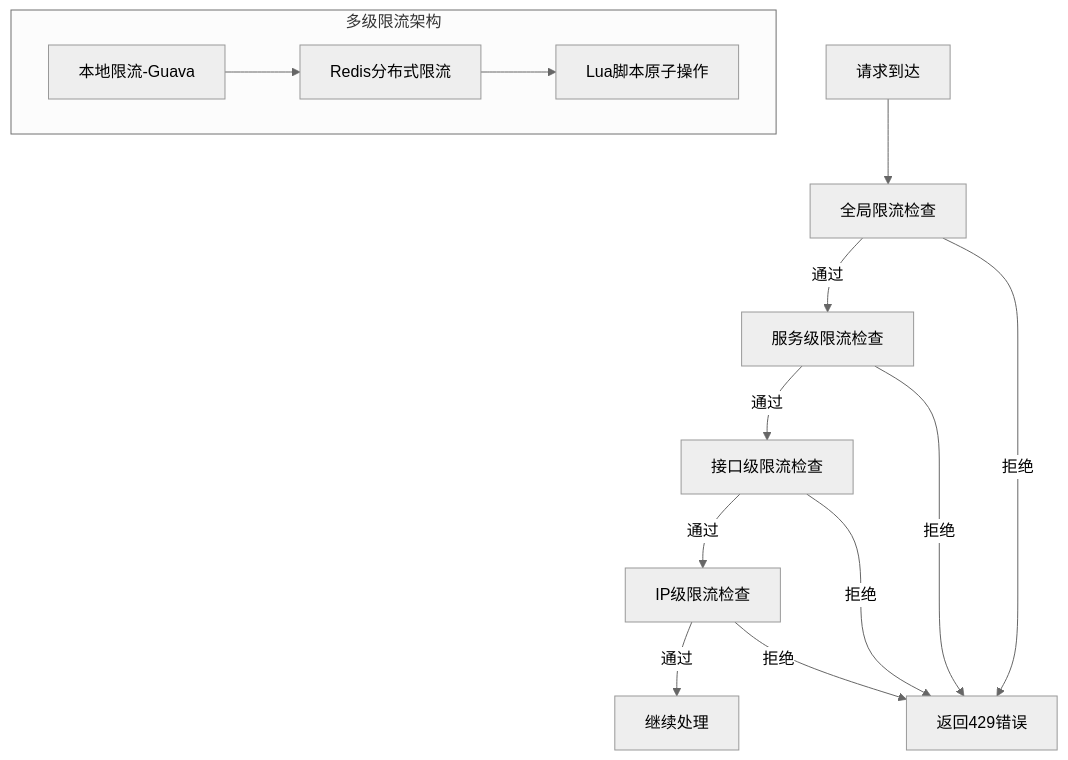
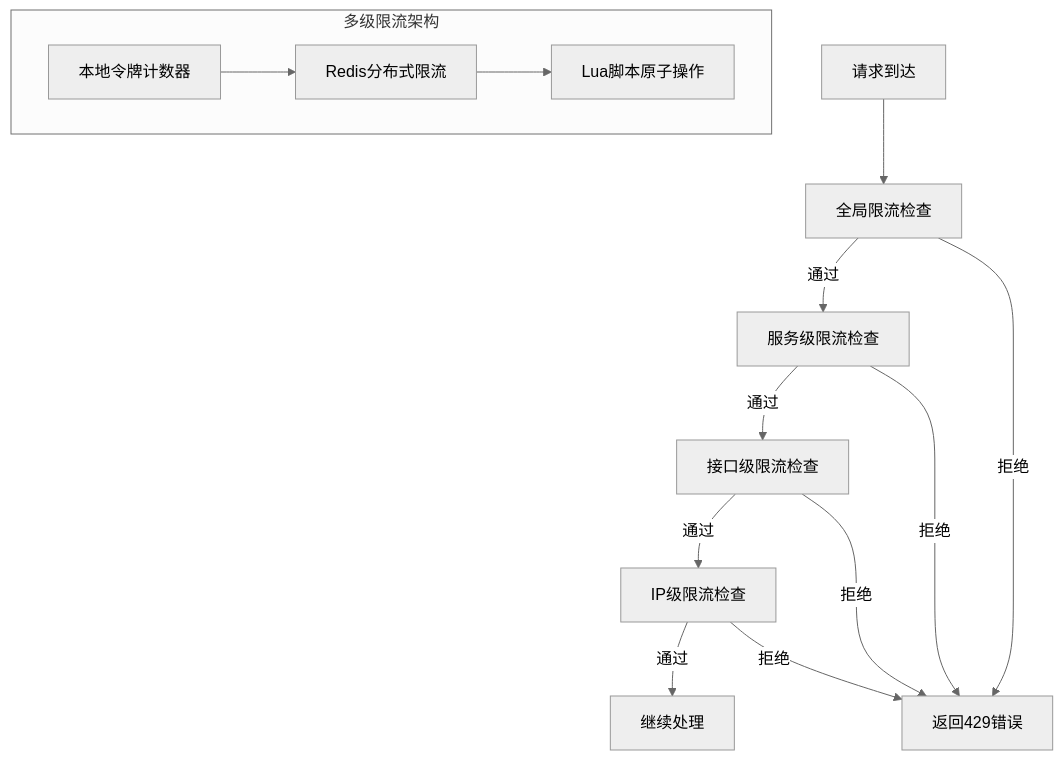
The third of 8 diagrams in docs/项目文档/核心服务/2. 请求处理的整个流程.md (1973034392/api-gateway-codelong), drawn with Mermaid (neutral theme) before and after one commit. The commit also changed other lines of this file and 4 other files, not shown here.

````diff
--- a/docs/项目文档/核心服务/2. 请求处理的整个流程.md
+++ b/docs/项目文档/核心服务/2. 请求处理的整个流程.md
@@ -298,17 +298,17 @@
 ```mermaid
 graph TD
     A[请求到达] --> B[全局限流检查]
     B -->|通过| C[服务级限流检查]
     B -->|拒绝| Z[返回429错误]
     C -->|通过| D[接口级限流检查]
     C -->|拒绝| Z
     D -->|通过| E[IP级限流检查]
     D -->|拒绝| Z
     E -->|通过| F[继续处理]
     E -->|拒绝| Z
 
     subgraph 多级限流架构
-        G[本地限流-Guava] --> H[Redis分布式限流]
+        G[本地令牌计数器] --> H[Redis分布式限流]
         H --> I[Lua脚本原子操作]
     end
 ```
````
